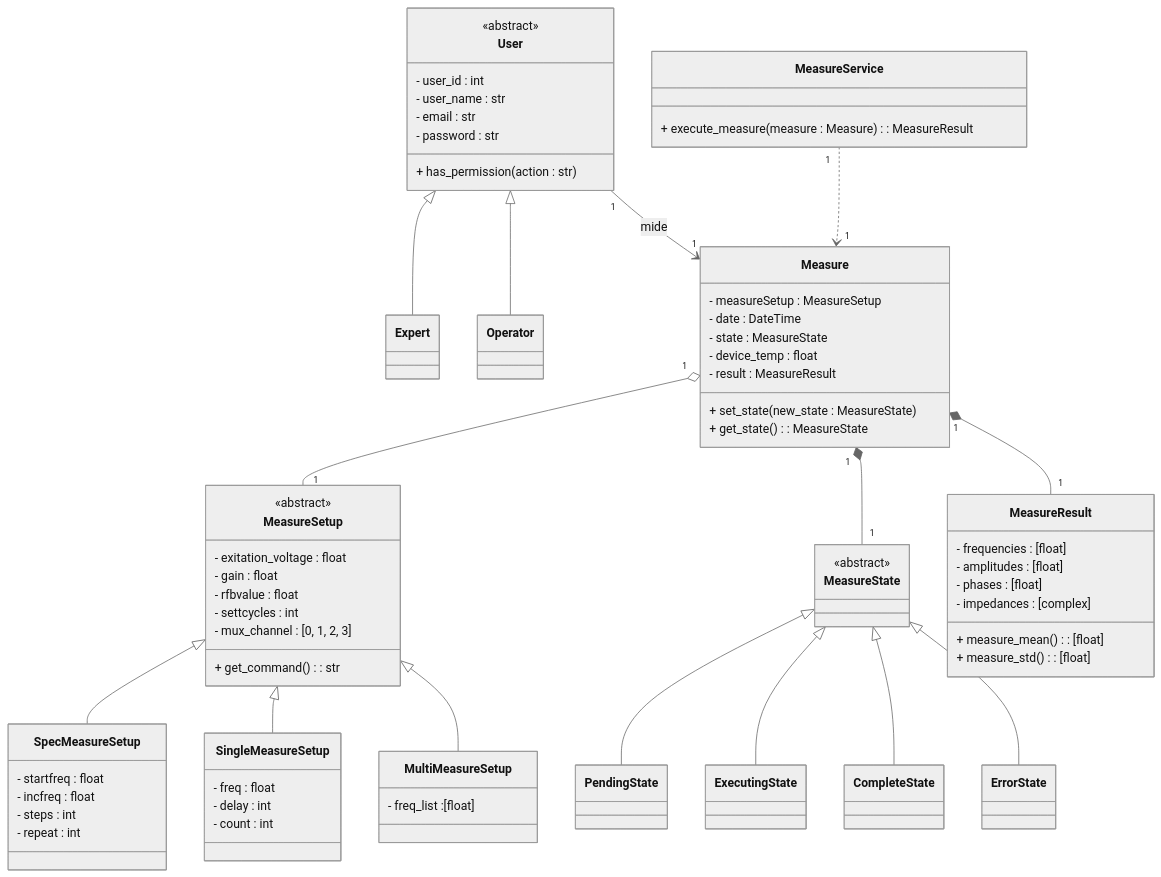
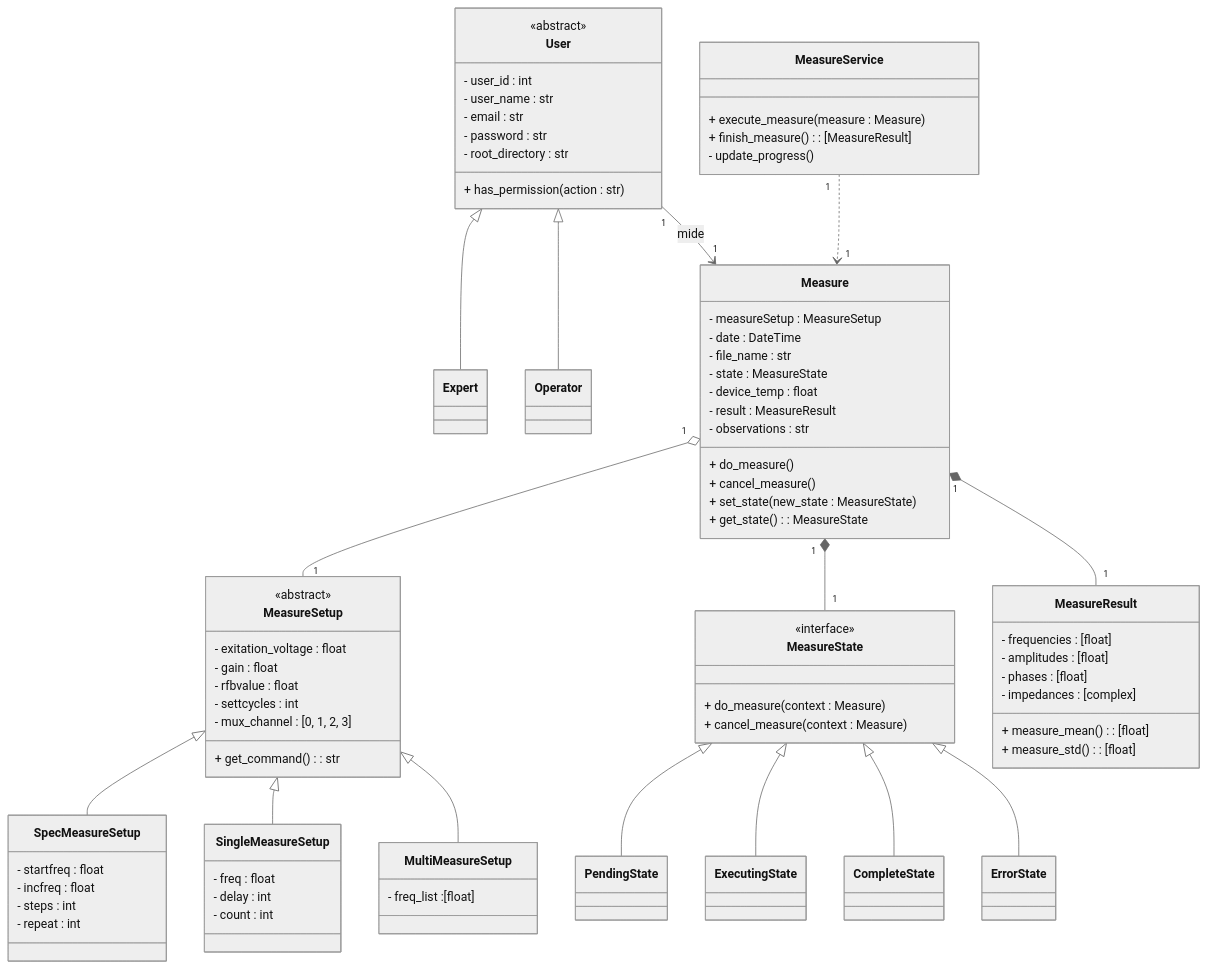
Diagram 15 of 22 in Gmini-MarkDown/Guanaco Mini.md (alegrelias/Repo-GMini), drawn with Mermaid (neutral theme) before and after one commit. The commit also changed other lines of this file, not shown here.

```diff
--- a/Gmini-MarkDown/Guanaco Mini.md
+++ b/Gmini-MarkDown/Guanaco Mini.md
@@ -1400,13 +1423,14 @@
 
 %% clases
 class User {
-        <<abstract>>
-        - user_id : int
-        - user_name : str
-        - email : str
-        - password : str
-        + has_permission(action : str)
-    }
+	<<abstract>>
+	- user_id : int
+	- user_name : str
+	- email : str
+	- password : str
+	- root_directory : str
+	+ has_permission(action : str)
+}
     
 
     
@@ -1420,9 +1444,13 @@
 class Measure {
 	- measureSetup : MeasureSetup
 	- date : DateTime
+	- file_name : str
 	- state : MeasureState
 	- device_temp : float
 	- result : MeasureResult
+	- observations : str
+	+ do_measure()
+	+ cancel_measure()
 	+ set_state(new_state : MeasureState)
 	+ get_state() : MeasureState
 }
@@ -1461,11 +1489,15 @@
 }
 
 class MeasureService{
-	+ execute_measure(measure : Measure) : MeasureResult
+	+ execute_measure(measure : Measure)
+	+ finish_measure() : [MeasureResult]
+	- update_progress()
 }
 
 class MeasureState{
-	 <<abstract>>
+	 <<interface>>
+	 + do_measure(context : Measure)
+	 + cancel_measure(context : Measure)
 }
 class PendingState
 class ExecutingState
```
